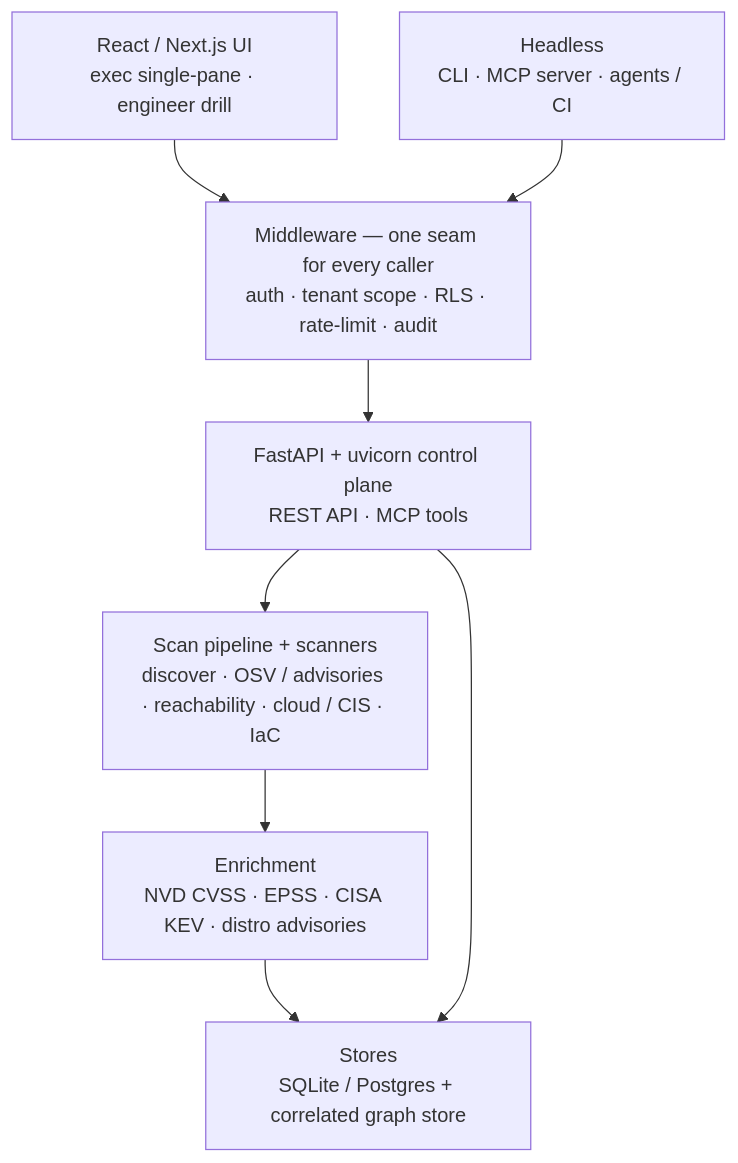
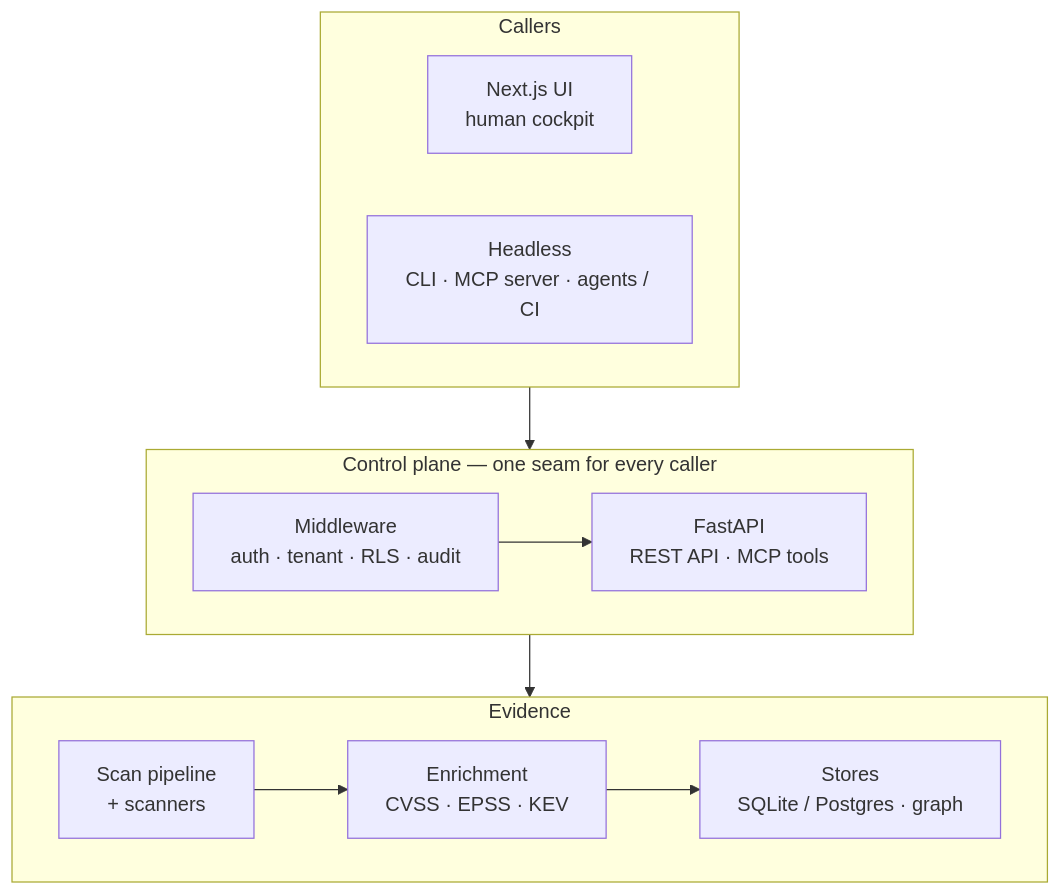
Before and after one commit to msaad00/agent-bom: the second of 2 diagrams in README.md, drawn with Mermaid. The commit also changed other lines of this file, not shown here.

First line of the commit message:
docs(readme): lead with what/who/how, dedupe sections, compact diagrams

````diff
--- a/README.md
+++ b/README.md
@@ -170,16 +102,17 @@
 ```mermaid
 flowchart TB
-    UI["React / Next.js UI<br/>exec single-pane · engineer drill"]
-    HL["Headless<br/>CLI · MCP server · agents / CI"]
-    MW["Middleware — one seam for every caller<br/>auth · tenant scope · RLS · rate-limit · audit"]
-    API["FastAPI + uvicorn control plane<br/>REST API · MCP tools"]
-    PIPE["Scan pipeline + scanners<br/>discover · OSV / advisories · reachability · cloud / CIS · IaC"]
-    ENR["Enrichment<br/>NVD CVSS · EPSS · CISA KEV · distro advisories"]
-    ST["Stores<br/>SQLite / Postgres + correlated graph store"]
-
-    UI --> MW
-    HL --> MW
-    MW --> API
-    API --> PIPE --> ENR --> ST
-    API --> ST
+    subgraph callers ["Callers"]
+        direction LR
+        UI["Next.js UI<br/>human cockpit"]
+        HL["Headless<br/>CLI · MCP server · agents / CI"]
+    end
+    subgraph plane ["Control plane — one seam for every caller"]
+        direction LR
+        MW["Middleware<br/>auth · tenant · RLS · audit"] --> API["FastAPI<br/>REST API · MCP tools"]
+    end
+    subgraph evidence ["Evidence"]
+        direction LR
+        PIPE["Scan pipeline<br/>+ scanners"] --> ENR["Enrichment<br/>CVSS · EPSS · KEV"] --> ST["Stores<br/>SQLite / Postgres · graph"]
+    end
+    callers --> plane --> evidence
 ```
````
